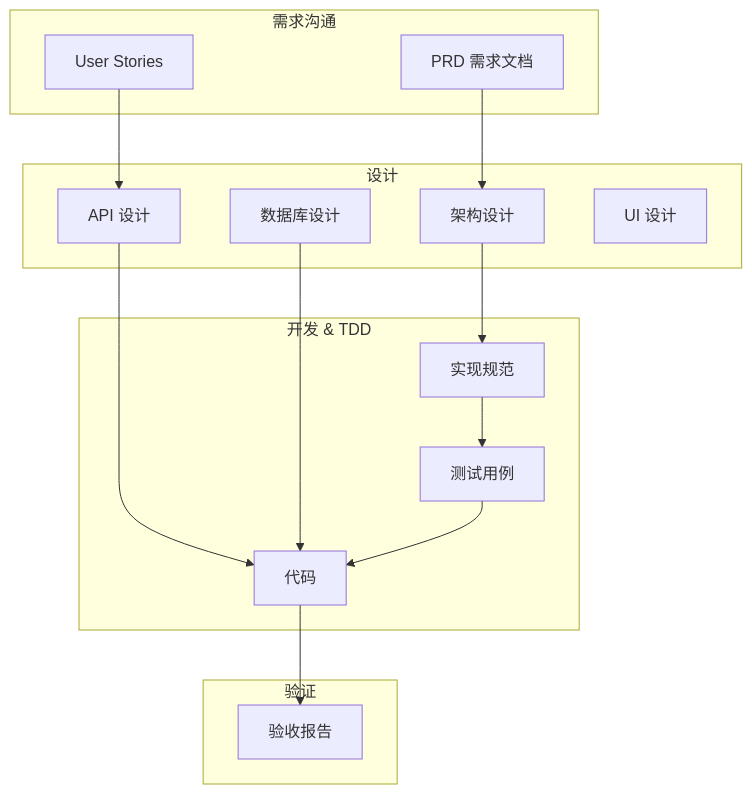
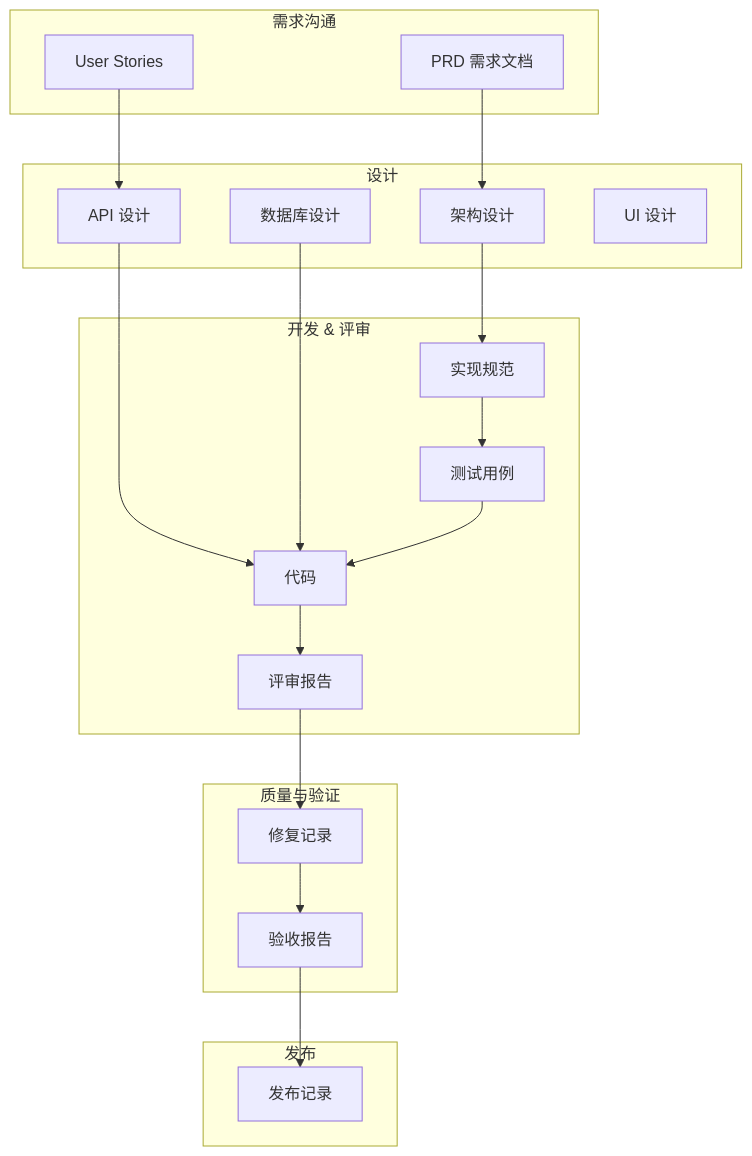
The second of 2 diagrams in docs/DEVELOPMENT_WORKFLOW.md (youyim/RDT), drawn with Mermaid before and after one commit. The commit also changed other lines of this file and 59 other files, not shown here.

````diff
--- a/docs/DEVELOPMENT_WORKFLOW.md
+++ b/docs/DEVELOPMENT_WORKFLOW.md
@@ -202,33 +254,42 @@
 ```mermaid
 graph TB
     subgraph Phase1[需求沟通]
         PRD[PRD 需求文档]
         US[User Stories]
     end
 
     subgraph Phase2[设计]
         ARCH[架构设计]
         API[API 设计]
         DB[数据库设计]
         UI[UI 设计]
     end
 
-    subgraph Phase3[开发 & TDD]
+    subgraph Phase3[开发 & 评审]
         IMPL[实现规范]
         TC[测试用例]
         CODE[代码]
+        CR[评审报告]
     end
 
-    subgraph Phase4[验证]
+    subgraph Phase4[质量与验证]
+        FIX[修复记录]
         AC[验收报告]
+    end
+
+    subgraph Phase5[发布]
+        REL[发布记录]
     end
 
     PRD --> ARCH
     US --> API
     ARCH --> IMPL
     API --> CODE
     DB --> CODE
     IMPL --> TC
     TC --> CODE
-    CODE --> AC
+    CODE --> CR
+    CR --> FIX
+    FIX --> AC
+    AC --> REL
 ```
````
